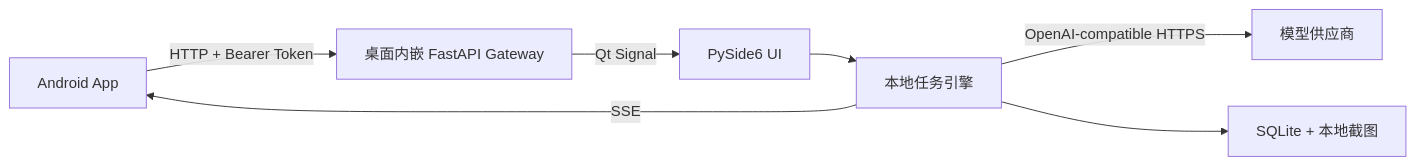
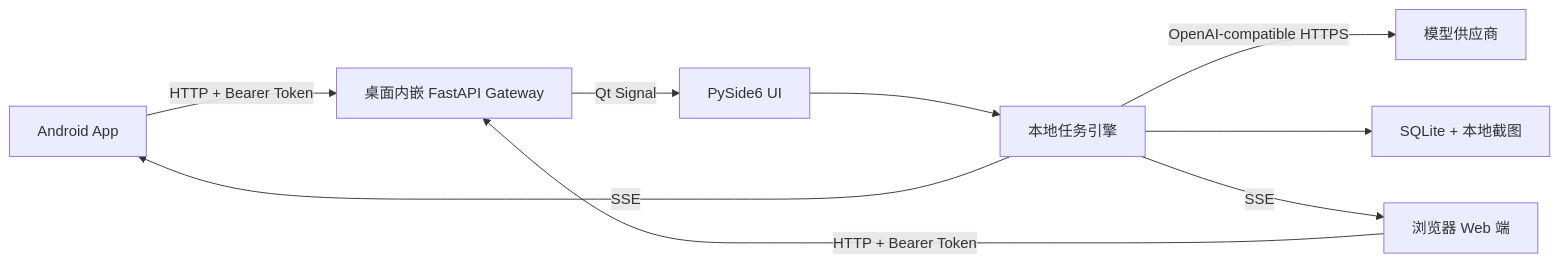
Before and after one commit to 123sdju/screen-assistant: the diagram in docs/architecture.md, drawn with Mermaid. The commit also changed other lines of this file and 8 other files, not shown here.

````diff
--- a/docs/architecture.md
+++ b/docs/architecture.md
@@ -5,9 +5,11 @@
 ```mermaid
 flowchart LR
     Android[Android App] -->|HTTP + Bearer Token| Gateway[桌面内嵌 FastAPI Gateway]
+    Web[浏览器 Web 端] -->|HTTP + Bearer Token| Gateway
     Gateway -->|Qt Signal| UI[PySide6 UI]
     UI --> Task[本地任务引擎]
     Task -->|OpenAI-compatible HTTPS| Model[模型供应商]
     Task --> History[SQLite + 本地截图]
     Task -->|SSE| Android
+    Task -->|SSE| Web
 ```
````
